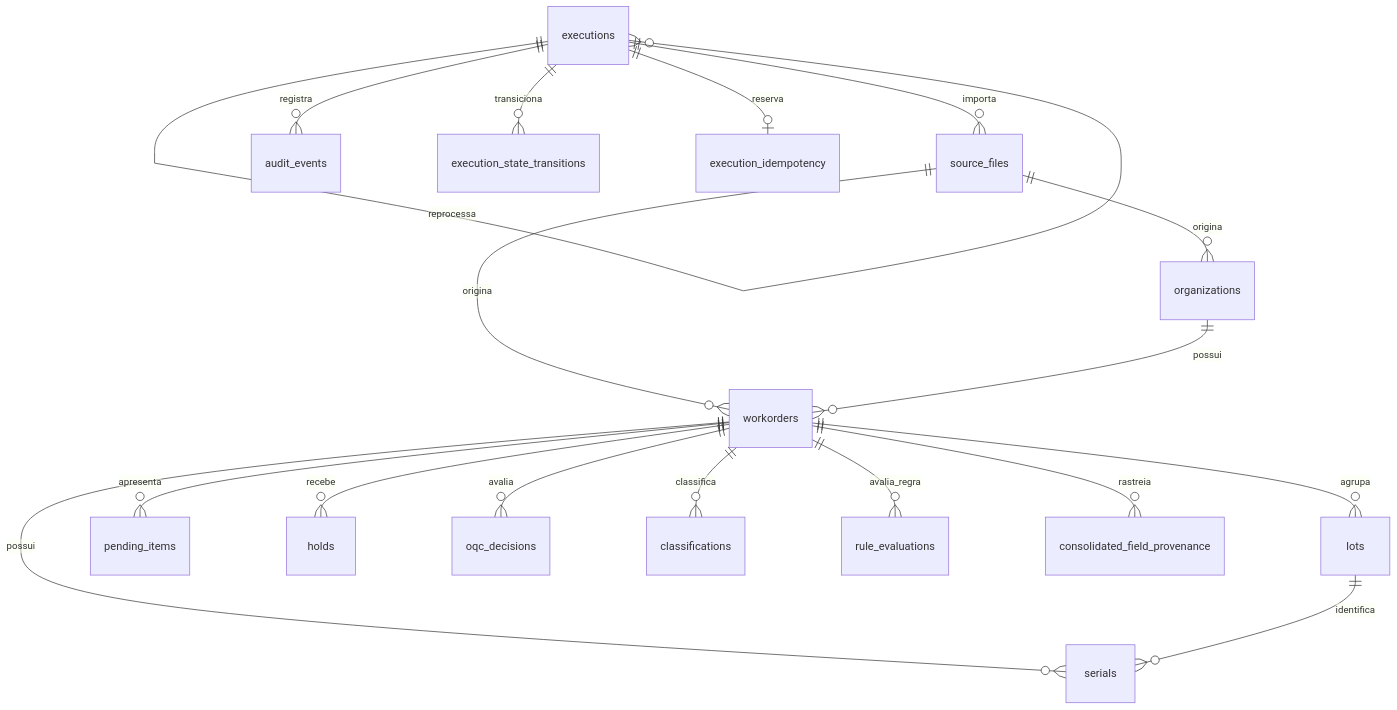
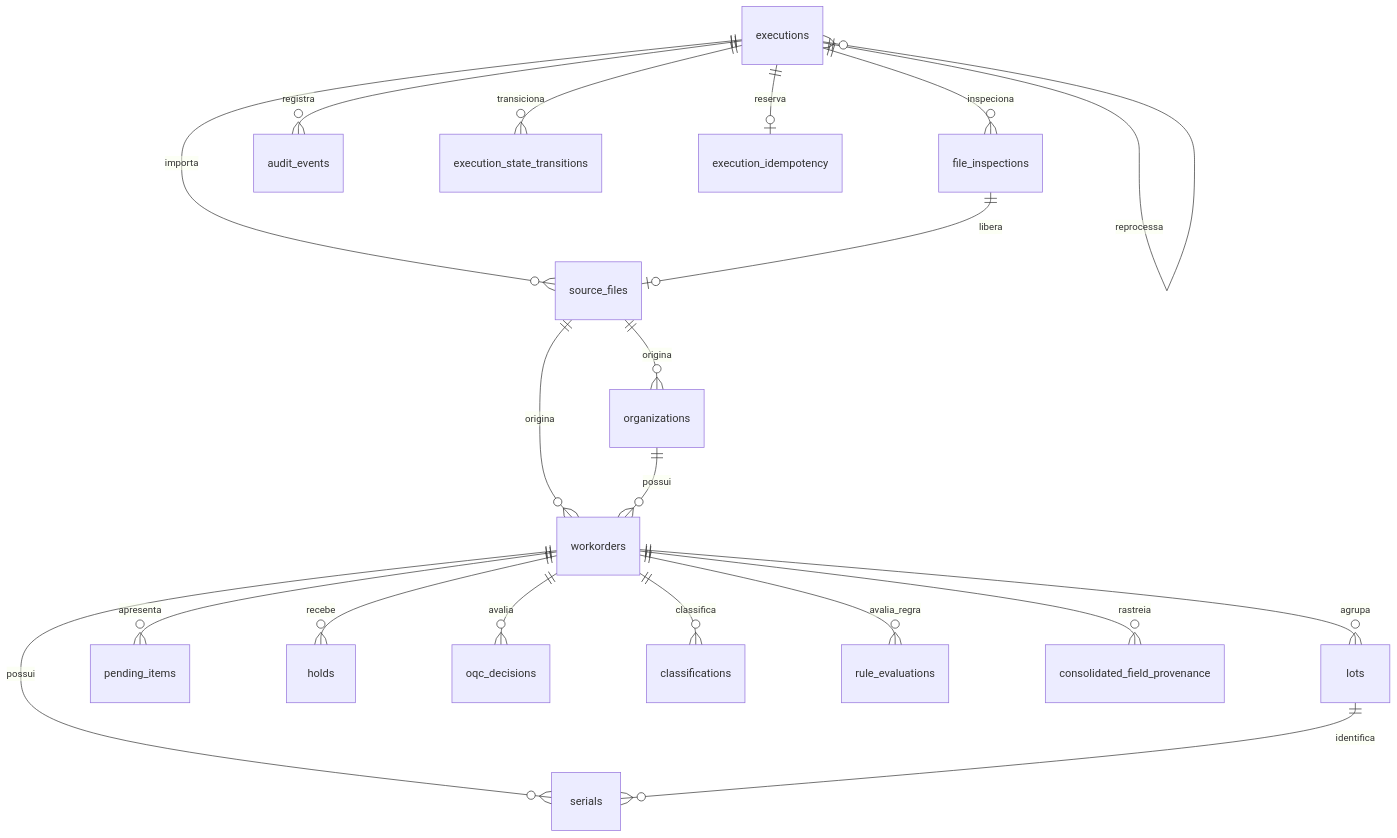
One commit to g-f307/synergia changed the diagram in database/README.md. Above: the diagram before and after it, drawn with Mermaid. The commit also changed other lines of this file and 14 other files, not shown here.

````diff
--- a/database/README.md
+++ b/database/README.md
@@ -54,20 +58,22 @@
 ```mermaid
 erDiagram
     executions ||--o{ executions : reprocessa
     executions ||--o{ source_files : importa
+    executions ||--o{ file_inspections : inspeciona
+    file_inspections ||--o| source_files : libera
     source_files ||--o{ organizations : origina
     source_files ||--o{ workorders : origina
     organizations ||--o{ workorders : possui
     workorders ||--o{ lots : agrupa
     workorders ||--o{ serials : possui
     lots ||--o{ serials : identifica
     workorders ||--o{ pending_items : apresenta
     workorders ||--o{ holds : recebe
     workorders ||--o{ oqc_decisions : avalia
     workorders ||--o{ classifications : classifica
     workorders ||--o{ rule_evaluations : avalia_regra
     workorders ||--o{ consolidated_field_provenance : rastreia
     executions ||--o{ audit_events : registra
     executions ||--o{ execution_state_transitions : transiciona
     executions ||--o| execution_idempotency : reserva
 ```
````
